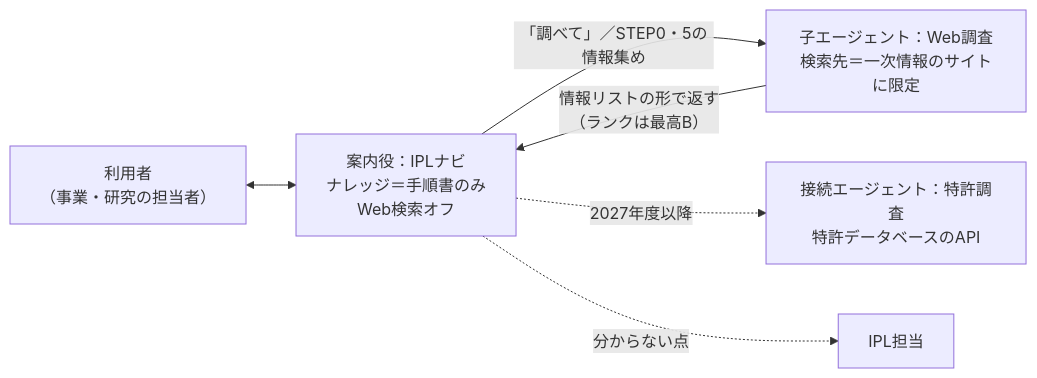
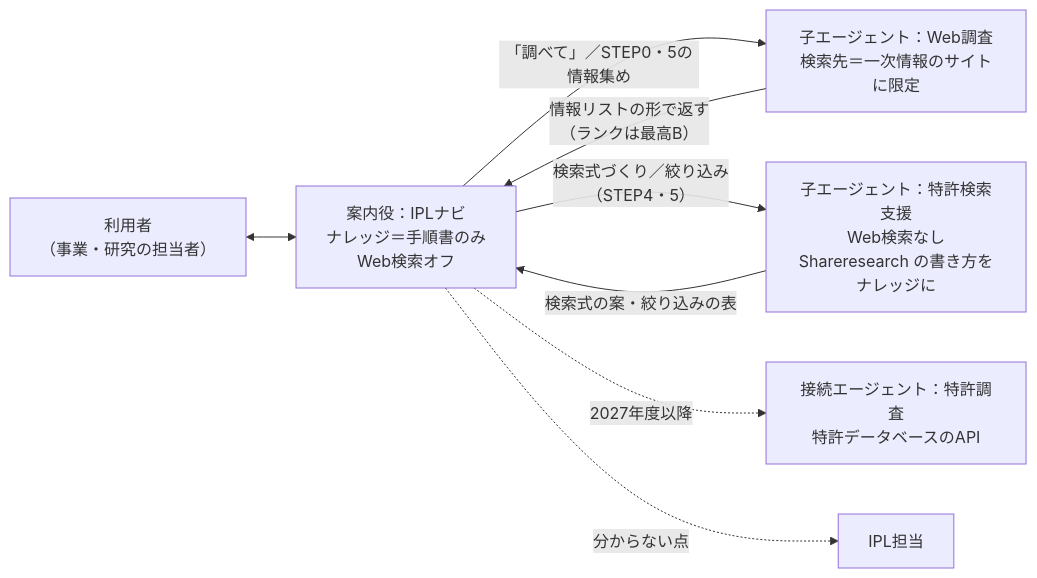
One commit to utpm6342836-cloud/IPL changed the diagram in copilot-studio/エージェント構成.md. Above: the diagram before and after it, drawn with Mermaid. The commit also changed other lines of this file and 25 other files, not shown here.

First line of the commit message:
特許調査セミナー資料を STEP4・5 に反映し、子エージェント「特許検索支援」を追加

````diff
--- a/copilot-studio/エージェント構成.md
+++ b/copilot-studio/エージェント構成.md
@@ -7,8 +7,10 @@
 ```mermaid
 flowchart LR
   U["利用者<br>（事業・研究の担当者）"] <--> N["案内役：IPLナビ<br>ナレッジ＝手順書のみ<br>Web検索オフ"]
   N -->|「調べて」／STEP0・5の情報集め| W["子エージェント：Web調査<br>検索先＝一次情報のサイトに限定"]
   W -->|情報リストの形で返す<br>（ランクは最高B）| N
+  N -->|検索式づくり／絞り込み<br>（STEP4・5）| S["子エージェント：特許検索支援<br>Web検索なし<br>Shareresearch の書き方をナレッジに"]
+  S -->|検索式の案・絞り込みの表| N
   N -.->|2027年度以降| P["接続エージェント：特許調査<br>特許データベースのAPI"]
   N -.->|分からない点| H["IPL担当"]
 ```
````
